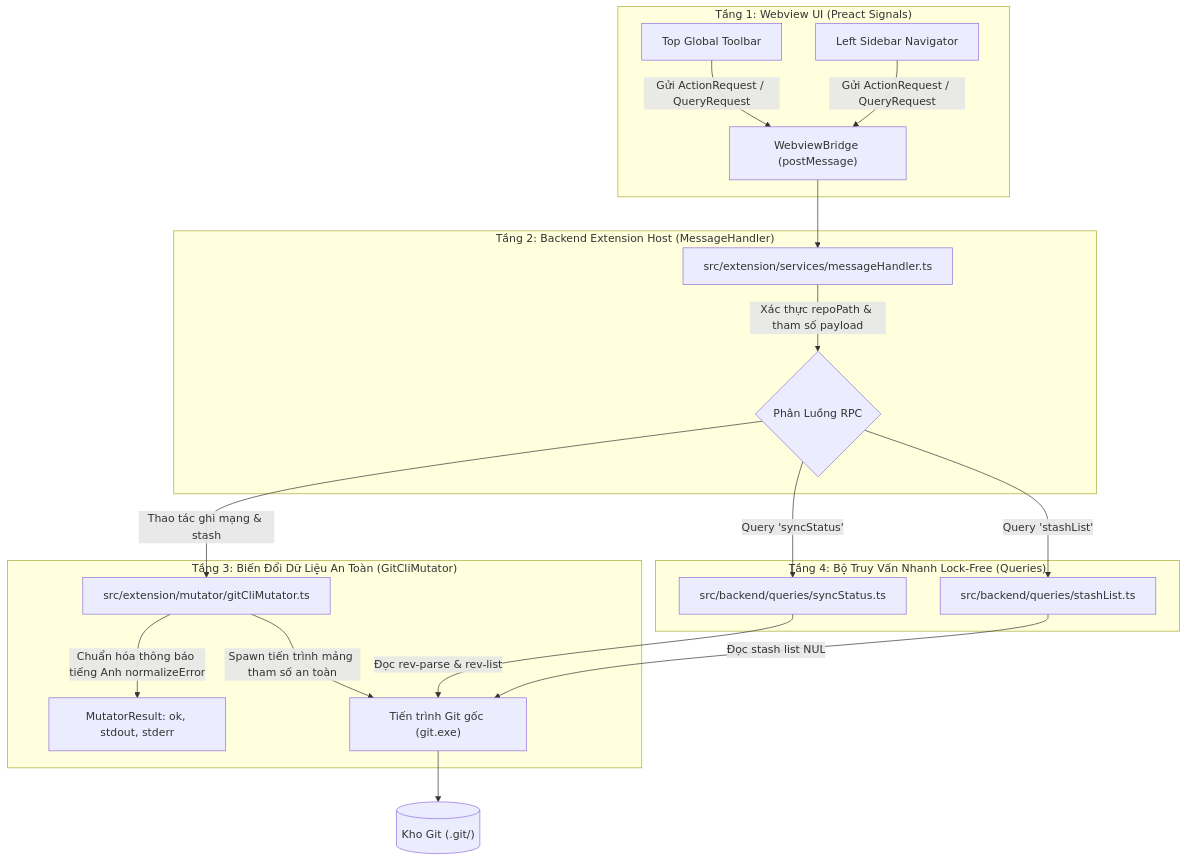
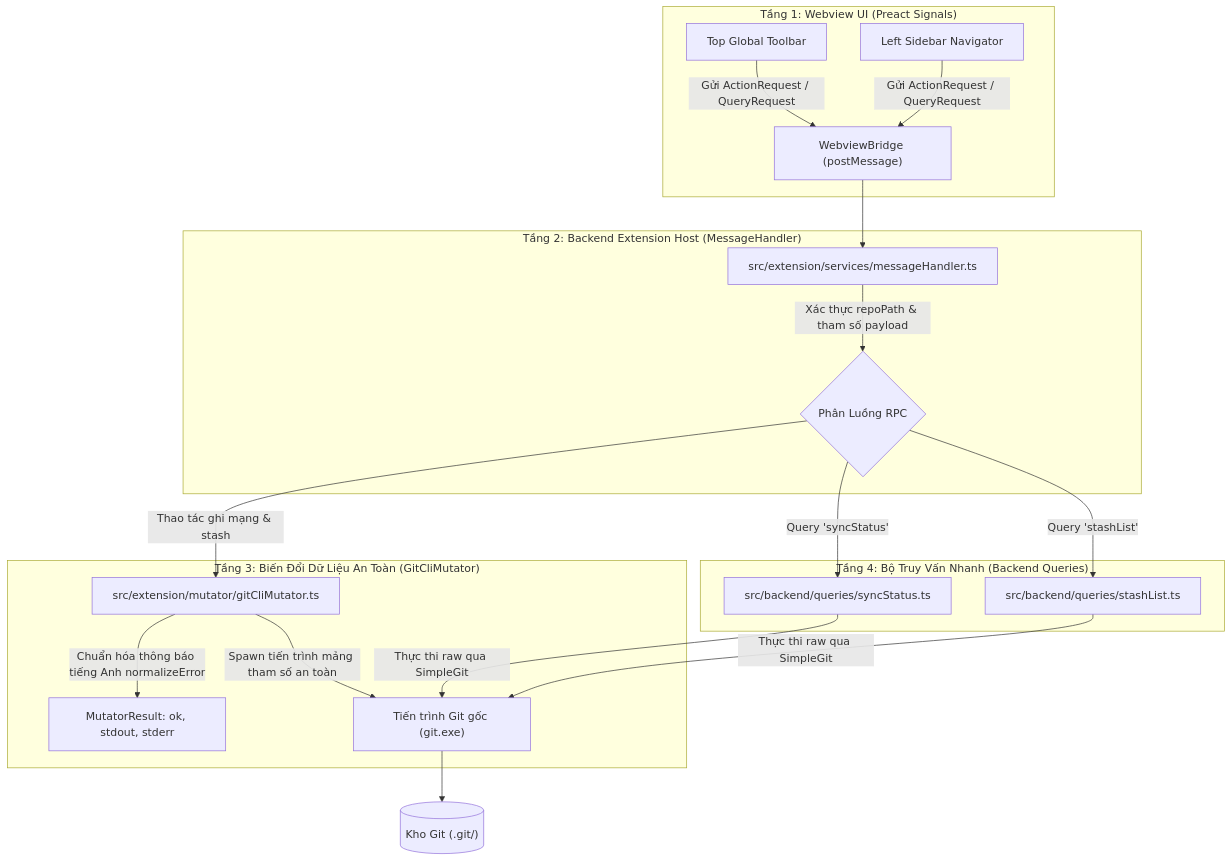
One commit to thatislg/f-gitgraph changed the diagram in docs/02_design/phase3/05_Sync_And_Stash_Backend_Mutator_Design.md. Above: the diagram before and after it, drawn with Mermaid. The commit also changed other lines of this file and 5 other files, not shown here.

````diff
--- a/docs/02_design/phase3/05_Sync_And_Stash_Backend_Mutator_Design.md
+++ b/docs/02_design/phase3/05_Sync_And_Stash_Backend_Mutator_Design.md
@@ -24,27 +24,27 @@
 ```mermaid
 flowchart TD
     subgraph Tier1["Tầng 1: Webview UI (Preact Signals)"]
         UI_Toolbar["Top Global Toolbar"] -->|Gửi ActionRequest / QueryRequest| WebviewBridge["WebviewBridge (postMessage)"]
         UI_Sidebar["Left Sidebar Navigator"] -->|Gửi ActionRequest / QueryRequest| WebviewBridge
     end
 
     subgraph Tier2["Tầng 2: Backend Extension Host (MessageHandler)"]
         WebviewBridge --> MessageHandler["src/extension/services/messageHandler.ts"]
         MessageHandler -->|Xác thực repoPath & tham số payload| Router{"Phân Luồng RPC"}
     end
 
     subgraph Tier3["Tầng 3: Biến Đổi Dữ Liệu An Toàn (GitCliMutator)"]
         Router -->|Thao tác ghi mạng & stash| Mutator["src/extension/mutator/gitCliMutator.ts"]
         Mutator -->|Chuẩn hóa thông báo tiếng Anh normalizeError| NormalizedResult["MutatorResult: ok, stdout, stderr"]
         Mutator -->|Spawn tiến trình mảng tham số an toàn| GitCLI["Tiến trình Git gốc (git.exe)"]
     end
 
-    subgraph Tier4["Tầng 4: Bộ Truy Vấn Nhanh Lock-Free (Queries)"]
+    subgraph Tier4["Tầng 4: Bộ Truy Vấn Nhanh (Backend Queries)"]
         Router -->|Query 'syncStatus'| QSync["src/backend/queries/syncStatus.ts"]
         Router -->|Query 'stashList'| QStash["src/backend/queries/stashList.ts"]
-        QSync -->|Đọc rev-parse & rev-list| GitCLI
-        QStash -->|Đọc stash list NUL| GitCLI
+        QSync -->|Thực thi raw qua SimpleGit| GitCLI["Tiến trình Git gốc (git.exe)"]
+        QStash -->|Thực thi raw qua SimpleGit| GitCLI
     end
 
     GitCLI --> GitRepo[("Kho Git (.git/)")]
 ```
````
